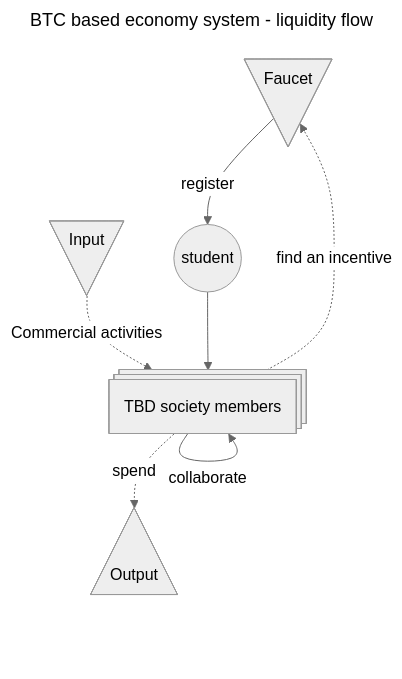
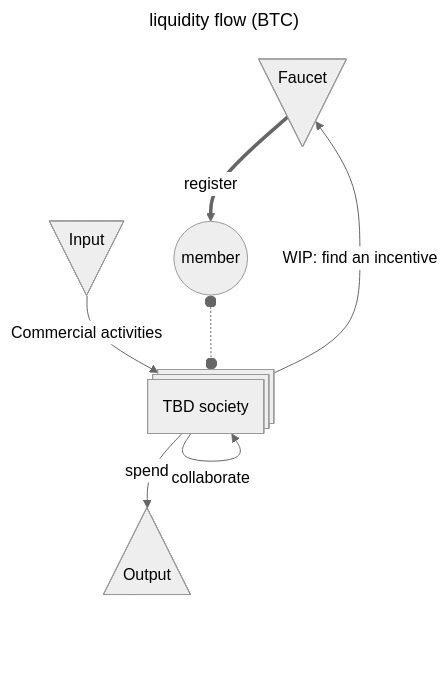
Before and after one commit to cromatikap/coin-society: the diagram in README.md, drawn with Mermaid (neutral theme). The commit also changed other lines of this file, not shown here.

````diff
--- a/README.md
+++ b/README.md
@@ -38,12 +38,12 @@
 ```mermaid
 ---
-title: BTC based economy system - liquidity flow
+title: liquidity flow (BTC)
 ---
 flowchart TD
-    Faucet@{ shape: flip-tri } --register--> Students((student))
-    Commercial@{ shape: flip-tri, label: Input } -. Commercial activities .-> TBDsociety
-    Students --> TBDsociety@{ shape: procs, label: "TBD society members"}
-    TBDsociety -.find an incentive.-> Faucet
+    Faucet@{ shape: flip-tri } ==register==> Member((member))
+    Commercial@{ shape: flip-tri, label: Input } -- Commercial activities --> TBDsociety
+    Member o-.-o TBDsociety@{ shape: procs, label: "TBD society"}
+    TBDsociety -- WIP: find an incentive --> Faucet
     TBDsociety -- collaborate --> TBDsociety
-    TBDsociety -. spend .-> Output@{ shape: tri }
+    TBDsociety -- spend --> Output@{ shape: tri }
 ```
````
